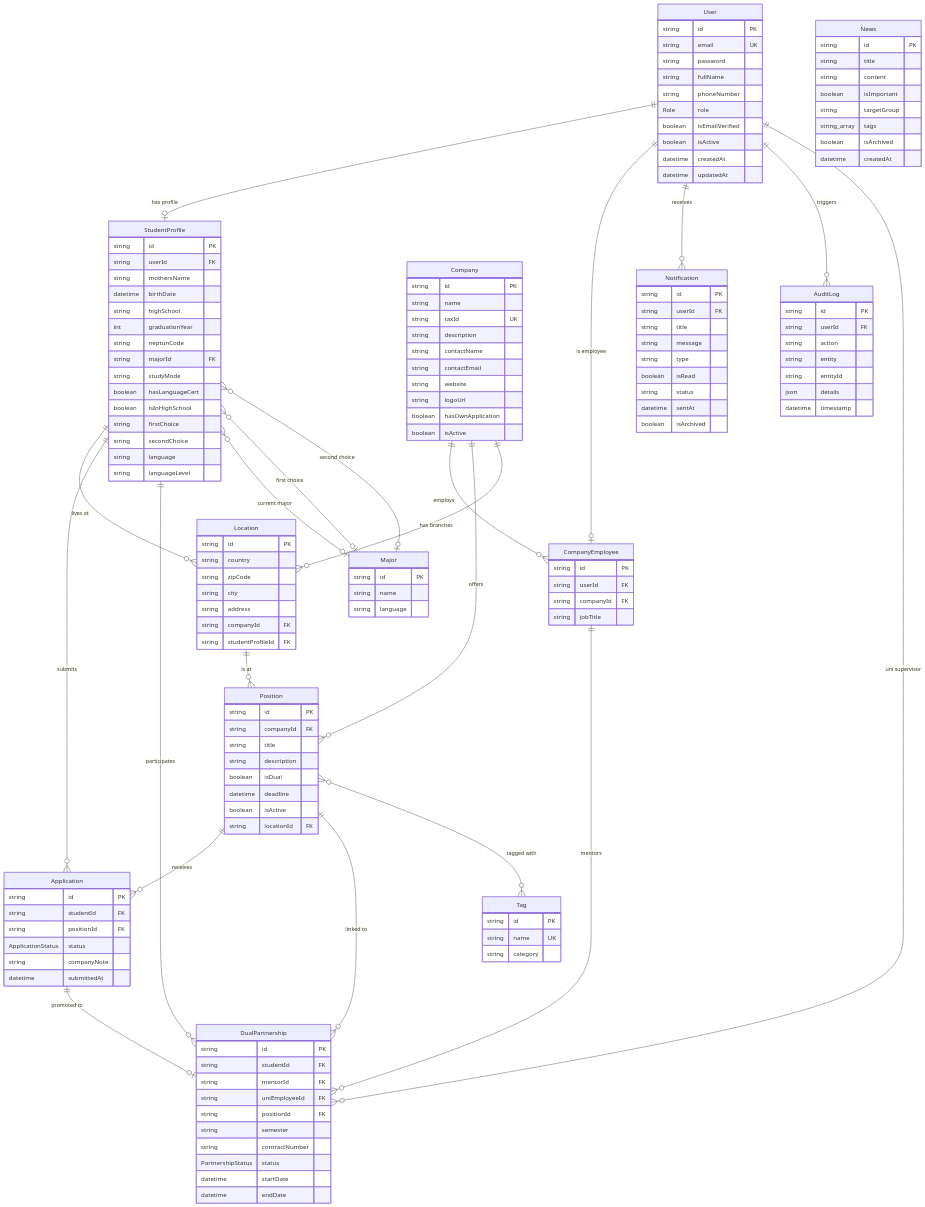
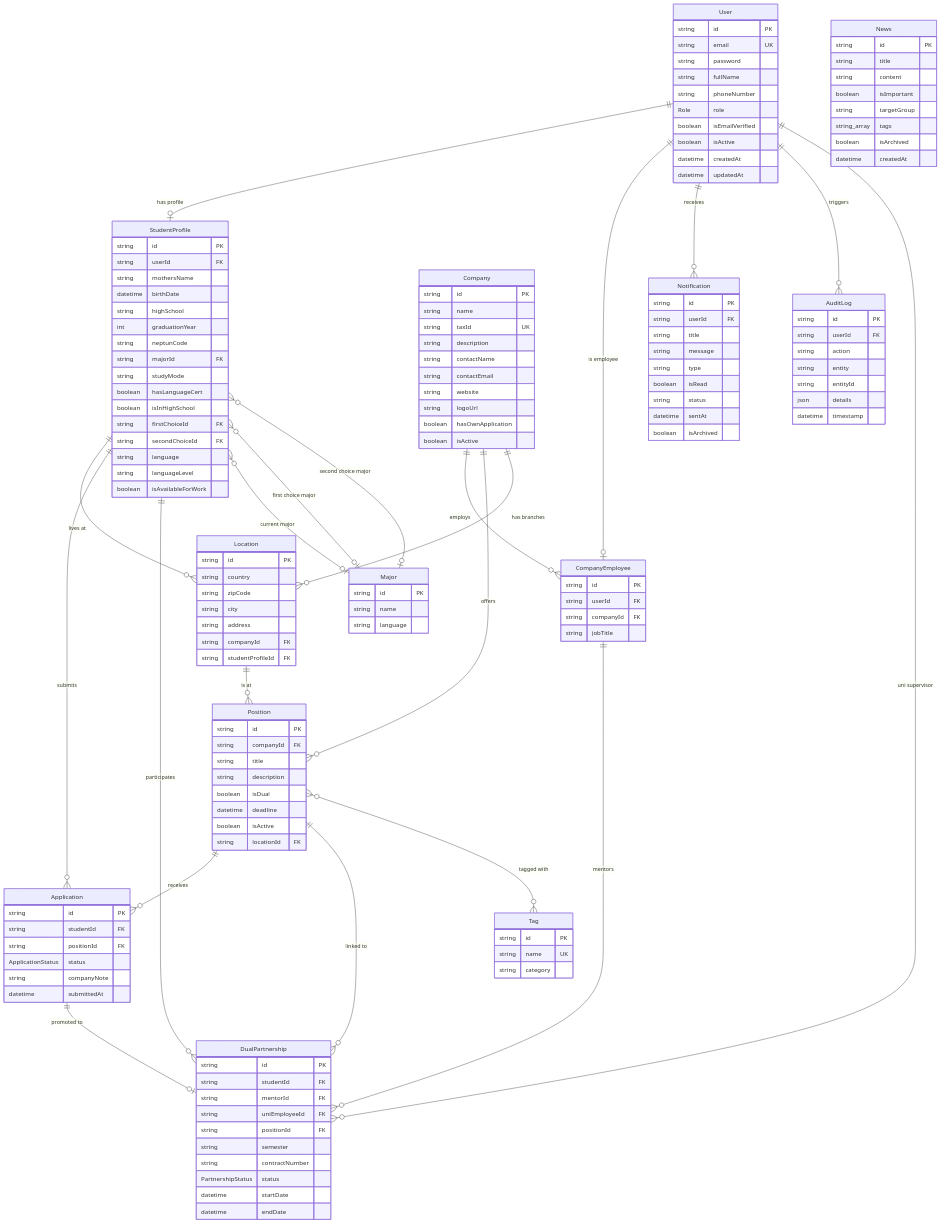
Before and after one commit to DrozsdikAdam/dual-kepzes-backend: the first of 8 diagrams in README.md, drawn with Mermaid. The commit also changed other lines of this file and 2 other files, not shown here.

Commit message:
updateing documentations

```diff
--- a/README.md
+++ b/README.md
@@ -173,10 +173,11 @@
         string studyMode
         boolean hasLanguageCert
         boolean isInHighSchool
-        string firstChoice
-        string secondChoice
+        string firstChoiceId FK
+        string secondChoiceId FK
         string language
         string languageLevel
+        boolean isAvailableForWork
     }
     Company {
         string id PK
@@ -290,8 +291,8 @@
     StudentProfile ||--o{ Application : "submits"
     StudentProfile ||--o{ DualPartnership : "participates"
     StudentProfile }o--o| Major : "current major"
-    StudentProfile }o--o| Major : "first choice"
-    StudentProfile }o--o| Major : "second choice"
+    StudentProfile }o--o| Major : "first choice major"
+    StudentProfile }o--o| Major : "second choice major"
     
     CompanyEmployee ||--o{ DualPartnership : "mentors"
     
```
